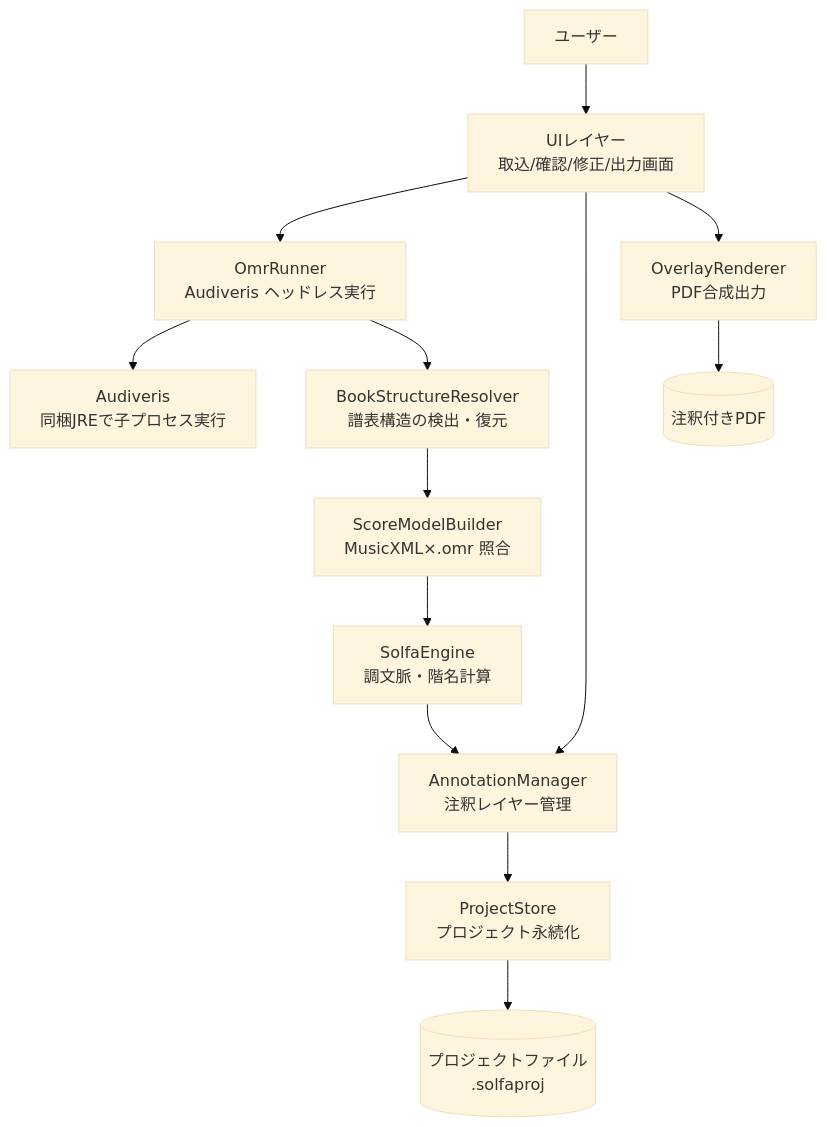
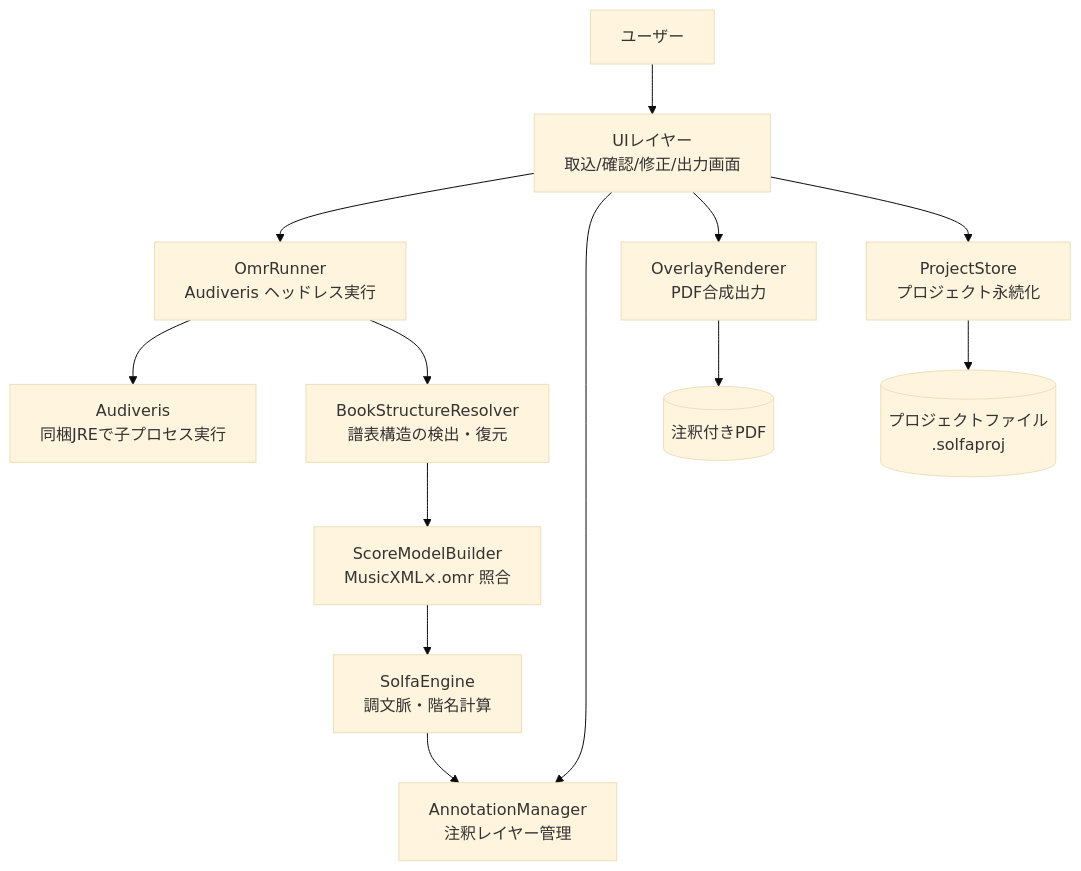
One commit to ntnamazu/solfa-overlay changed the first of 4 diagrams in docs/functional-design.md. Above: the diagram before and after it, drawn with Mermaid (base theme). The commit also changed other lines of this file and 2 other files, not shown here.

First line of the commit message:
docs: architecture.md へのレビュー指摘を反映（依存方向の統一・スキーマバージョニング）

````diff
--- a/docs/functional-design.md
+++ b/docs/functional-design.md
@@ -11,28 +11,28 @@
 ```mermaid
 graph TB
     User[ユーザー]
     UI[UIレイヤー<br>取込/確認/修正/出力画面]
     OmrRunner[OmrRunner<br>Audiveris ヘッドレス実行]
     BookResolver[BookStructureResolver<br>譜表構造の検出・復元]
     ScoreBuilder[ScoreModelBuilder<br>MusicXML×.omr 照合]
     SolfaEngine[SolfaEngine<br>調文脈・階名計算]
     AnnotMgr[AnnotationManager<br>注釈レイヤー管理]
     Renderer[OverlayRenderer<br>PDF合成出力]
     Store[ProjectStore<br>プロジェクト永続化]
     Audiveris[Audiveris<br>同梱JREで子プロセス実行]
     Files[(プロジェクトファイル<br>.solfaproj)]
     OutPdf[(注釈付きPDF)]
 
     User --> UI
     UI --> OmrRunner
     UI --> AnnotMgr
     UI --> Renderer
     OmrRunner --> Audiveris
     OmrRunner --> BookResolver
     BookResolver --> ScoreBuilder
     ScoreBuilder --> SolfaEngine
     SolfaEngine --> AnnotMgr
-    AnnotMgr --> Store
+    UI --> Store
     Renderer --> OutPdf
     Store --> Files
 ```
````
